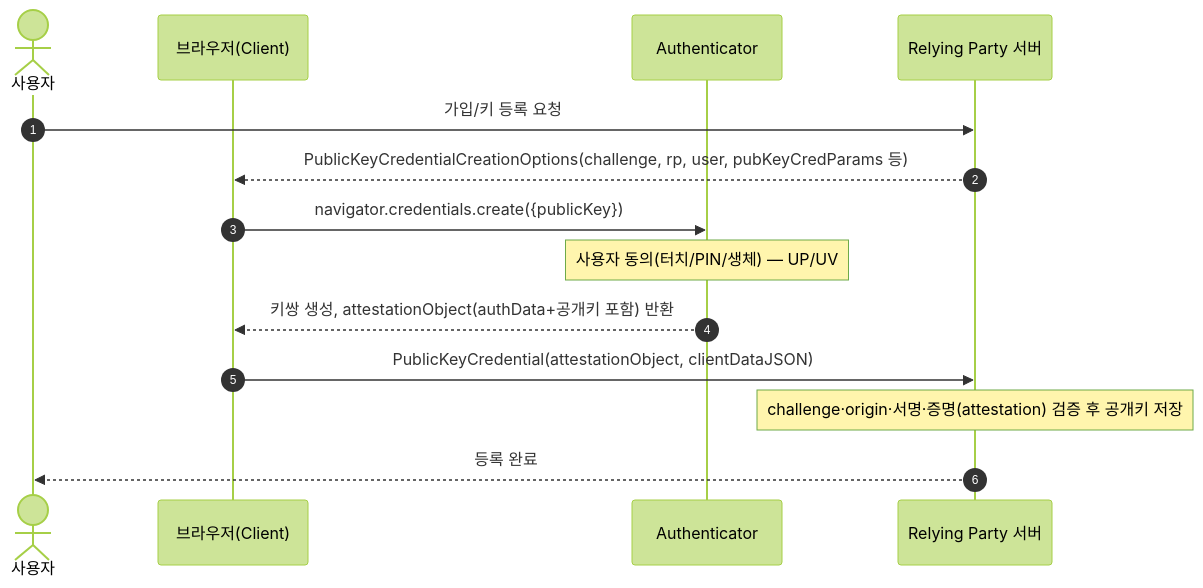
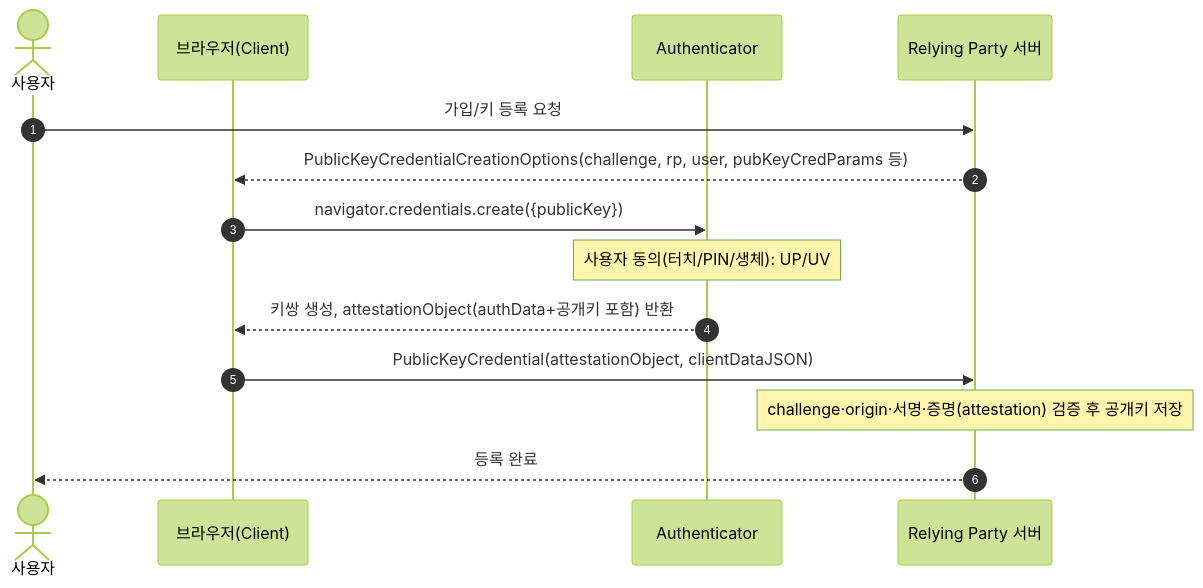
One commit to jinyong-go/llm-wiki changed the first of 2 diagrams in wiki/security/web/webauthn.md. Above: the diagram before and after it, drawn with Mermaid (forest theme). The commit also changed other lines of this file and 25 other files, not shown here.

````diff
--- a/wiki/security/web/webauthn.md
+++ b/wiki/security/web/webauthn.md
@@ -41,17 +41,17 @@
 ```mermaid
 sequenceDiagram
     autonumber
     actor U as 사용자
     participant B as 브라우저(Client)
     participant A as Authenticator
     participant RP as Relying Party 서버
 
     U->>RP: 가입/키 등록 요청
     RP-->>B: PublicKeyCredentialCreationOptions(challenge, rp, user, pubKeyCredParams 등)
     B->>A: navigator.credentials.create({publicKey})
-    Note over A: 사용자 동의(터치/PIN/생체) — UP/UV
+    Note over A: 사용자 동의(터치/PIN/생체): UP/UV
     A-->>B: 키쌍 생성, attestationObject(authData+공개키 포함) 반환
     B->>RP: PublicKeyCredential(attestationObject, clientDataJSON)
     Note over RP: challenge·origin·서명·증명(attestation) 검증 후 공개키 저장
     RP-->>U: 등록 완료
 ```
````
